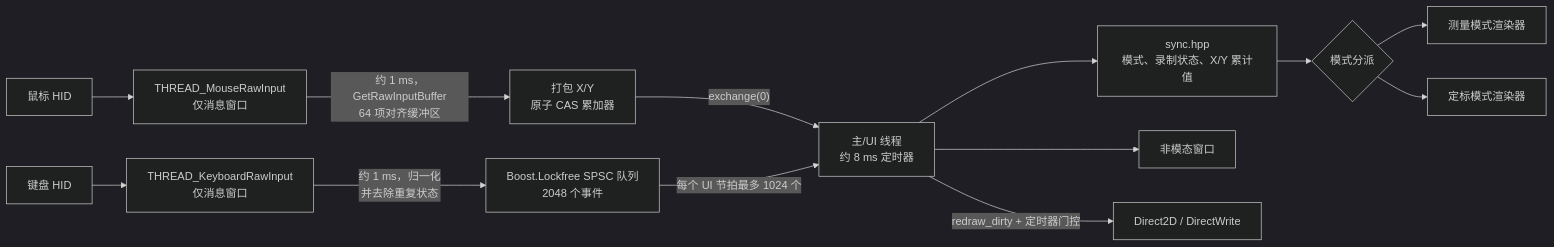
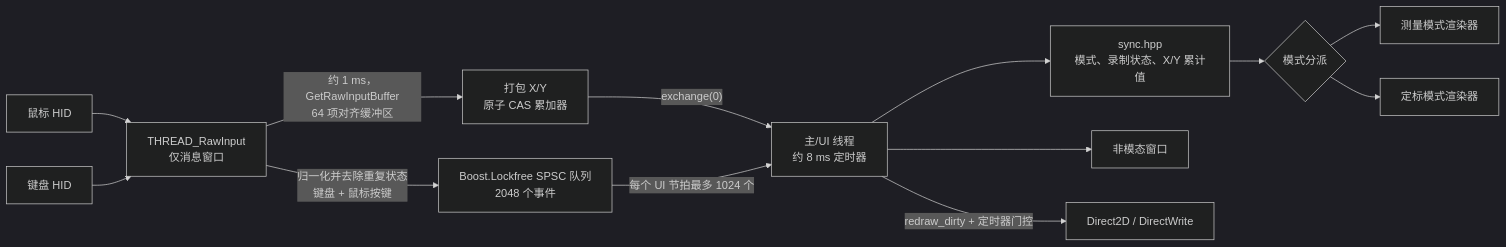
One commit to wozuobuchu/WinMouseSensConverter changed the second of 2 diagrams in README.md. Above: the diagram before and after it, drawn with Mermaid (dark theme). The commit also changed other lines of this file and 6 other files, not shown here.

Commit message:
perf: merge raw input thread

````diff
--- a/README.md
+++ b/README.md
@@ -760,17 +759,16 @@
 ```mermaid
 flowchart LR
-    Mouse["鼠标 HID"] --> MouseThread["THREAD_MouseRawInput<br/>仅消息窗口"]
-    MouseThread -->|"约 1 ms，GetRawInputBuffer<br/>64 项对齐缓冲区"| Atomic["打包 X/Y<br/>原子 CAS 累加器"]
+    Mouse["鼠标 HID"] --> InputThread["THREAD_RawInput<br/>仅消息窗口"]
+    Keyboard["键盘 HID"] --> InputThread
+    InputThread -->|"约 1 ms，GetRawInputBuffer<br/>64 项对齐缓冲区"| Atomic["打包 X/Y<br/>原子 CAS 累加器"]
     Atomic -->|"exchange(0)"| Main["主/UI 线程<br/>约 8 ms 定时器"]
-
-    Keyboard["键盘 HID"] --> KeyboardThread["THREAD_KeyboardRawInput<br/>仅消息窗口"]
-    KeyboardThread -->|"约 1 ms，归一化<br/>并去除重复状态"| Queue["Boost.Lockfree SPSC 队列<br/>2048 个事件"]
+    InputThread -->|"归一化并去除重复状态<br/>键盘 + 鼠标按键"| Queue["Boost.Lockfree SPSC 队列<br/>2048 个事件"]
     Queue -->|"每个 UI 节拍最多 1024 个"| Main
 
     Main --> Shared["sync.hpp<br/>模式、录制状态、X/Y 累计值"]
     Shared --> Dispatcher{"模式分派"}
     Dispatcher --> Measurement["测量模式渲染器"]
     Dispatcher --> Calibration["定标模式渲染器"]
     Main --> Dialogs["非模态窗口"]
     Main -->|"redraw_dirty + 定时器门控"| D2D["Direct2D / DirectWrite"]
 ```
````
